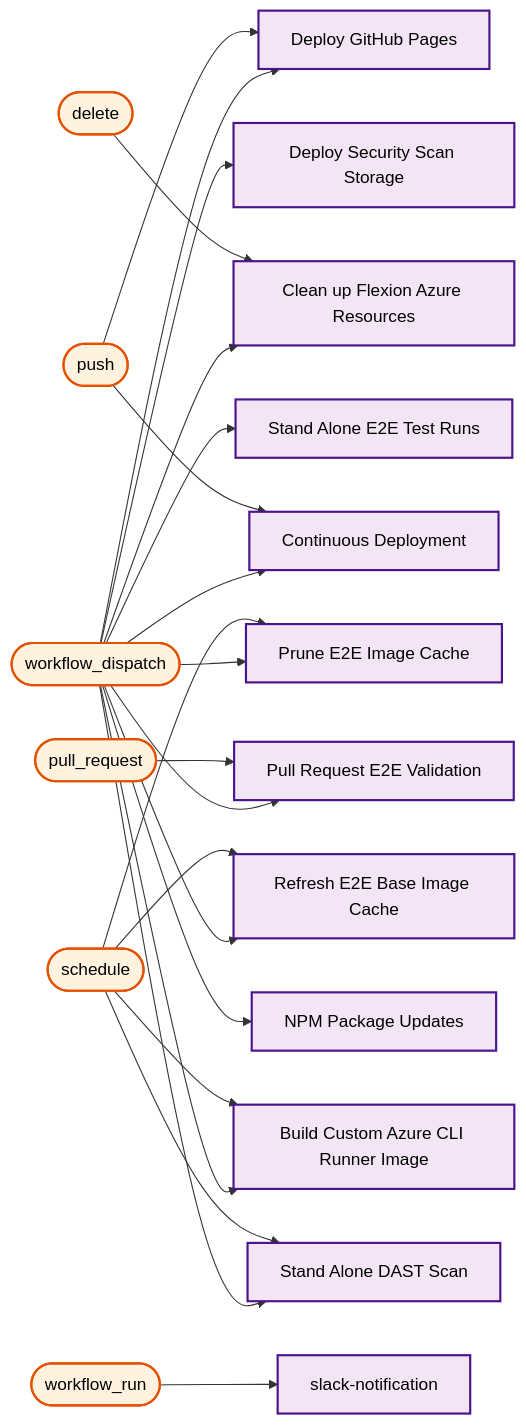
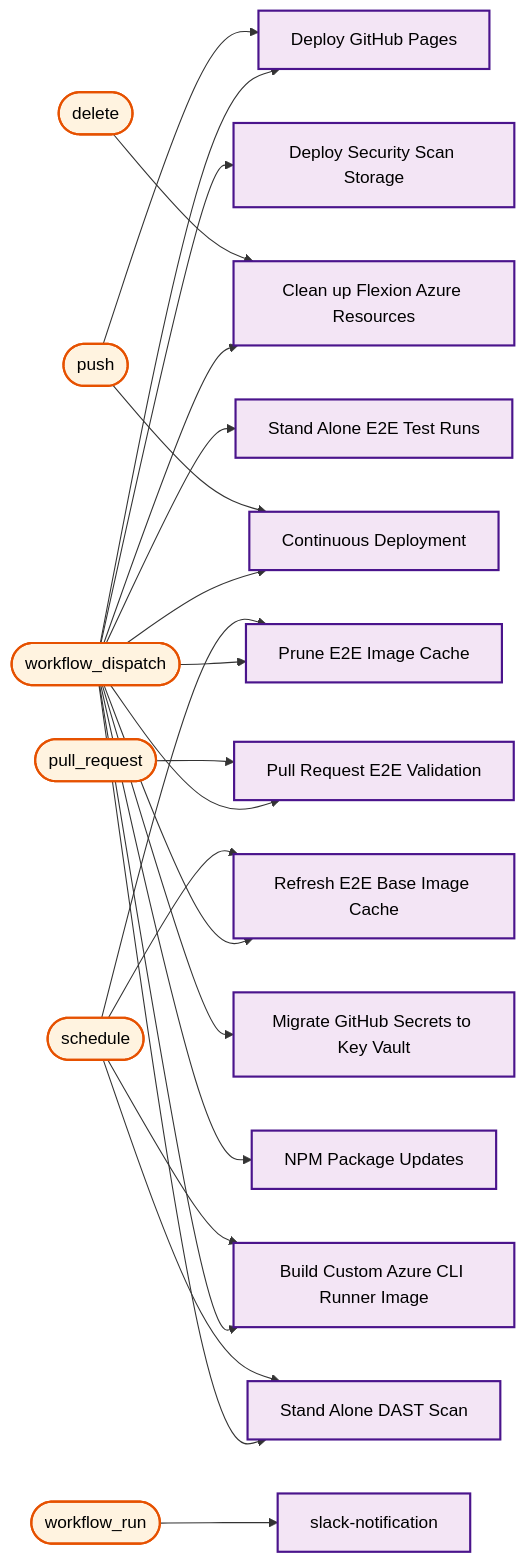
Diagram 26 of 26 in docs/operations/workflow-diagram.md (US-Trustee-Program/Bankruptcy-Oversight-Support-Systems), drawn with Mermaid before and after one commit. The commit also changed other lines of this file and 1 other file, not shown here.

First line of the commit message:
Add workflow to migrate secrets to Key Vault

````diff
--- a/docs/operations/workflow-diagram.md
+++ b/docs/operations/workflow-diagram.md
@@ -1341,72 +1364,75 @@
 ```mermaid
 flowchart LR
     trigger_workflow_dispatch(["workflow_dispatch"])
     deploy_security_scan_storage_yml["Deploy Security Scan Storage"]
     deploy_pages_yml["Deploy GitHub Pages"]
     e2e_test_yml["Stand Alone E2E Test Runs"]
     azure_remove_branch_yml["Clean up Flexion Azure Resources"]
     prune_e2e_image_cache_yml["Prune E2E Image Cache"]
     refresh_e2e_base_images_yml["Refresh E2E Base Image Cache"]
     pr_validation_yml["Pull Request E2E Validation"]
     continuous_deployment_yml["Continuous Deployment"]
     build_azure_cli_image_yml["Build Custom Azure CLI Runner Image"]
     dast_scan_yml["Stand Alone DAST Scan"]
+    migrate_secrets_to_keyvault_yml["Migrate GitHub Secrets to Key Vault"]
     update_dependencies_yml["NPM Package Updates"]
     trigger_push(["push"])
     deploy_pages_yml["Deploy GitHub Pages"]
     continuous_deployment_yml["Continuous Deployment"]
     trigger_delete(["delete"])
     azure_remove_branch_yml["Clean up Flexion Azure Resources"]
     trigger_schedule(["schedule"])
     prune_e2e_image_cache_yml["Prune E2E Image Cache"]
     refresh_e2e_base_images_yml["Refresh E2E Base Image Cache"]
     build_azure_cli_image_yml["Build Custom Azure CLI Runner Image"]
     dast_scan_yml["Stand Alone DAST Scan"]
     trigger_pull_request(["pull_request"])
     pr_validation_yml["Pull Request E2E Validation"]
     trigger_workflow_run(["workflow_run"])
     slack_notification_yml["slack-notification"]
 
     trigger_workflow_dispatch --> deploy_security_scan_storage_yml
     trigger_workflow_dispatch --> deploy_pages_yml
     trigger_workflow_dispatch --> e2e_test_yml
     trigger_workflow_dispatch --> azure_remove_branch_yml
     trigger_workflow_dispatch --> prune_e2e_image_cache_yml
     trigger_workflow_dispatch --> refresh_e2e_base_images_yml
     trigger_workflow_dispatch --> pr_validation_yml
     trigger_workflow_dispatch --> continuous_deployment_yml
     trigger_workflow_dispatch --> build_azure_cli_image_yml
     trigger_workflow_dispatch --> dast_scan_yml
+    trigger_workflow_dispatch --> migrate_secrets_to_keyvault_yml
     trigger_workflow_dispatch --> update_dependencies_yml
     trigger_push --> deploy_pages_yml
     trigger_push --> continuous_deployment_yml
     trigger_delete --> azure_remove_branch_yml
     trigger_schedule --> prune_e2e_image_cache_yml
     trigger_schedule --> refresh_e2e_base_images_yml
     trigger_schedule --> build_azure_cli_image_yml
     trigger_schedule --> dast_scan_yml
     trigger_pull_request --> pr_validation_yml
     trigger_workflow_run --> slack_notification_yml
 
     classDef mainWorkflow fill:#f3e5f5,stroke:#4a148c,stroke-width:2px,color:#000000
     classDef trigger fill:#fff3e0,stroke:#e65100,stroke-width:2px,color:#000000
 
     class trigger_workflow_dispatch trigger
     class trigger_push trigger
     class trigger_delete trigger
     class trigger_schedule trigger
     class trigger_pull_request trigger
     class trigger_workflow_run trigger
     class deploy_security_scan_storage_yml mainWorkflow
     class deploy_pages_yml mainWorkflow
     class e2e_test_yml mainWorkflow
     class azure_remove_branch_yml mainWorkflow
     class prune_e2e_image_cache_yml mainWorkflow
     class refresh_e2e_base_images_yml mainWorkflow
     class pr_validation_yml mainWorkflow
     class continuous_deployment_yml mainWorkflow
     class build_azure_cli_image_yml mainWorkflow
     class dast_scan_yml mainWorkflow
+    class migrate_secrets_to_keyvault_yml mainWorkflow
     class update_dependencies_yml mainWorkflow
     class slack_notification_yml mainWorkflow
 ```
````
